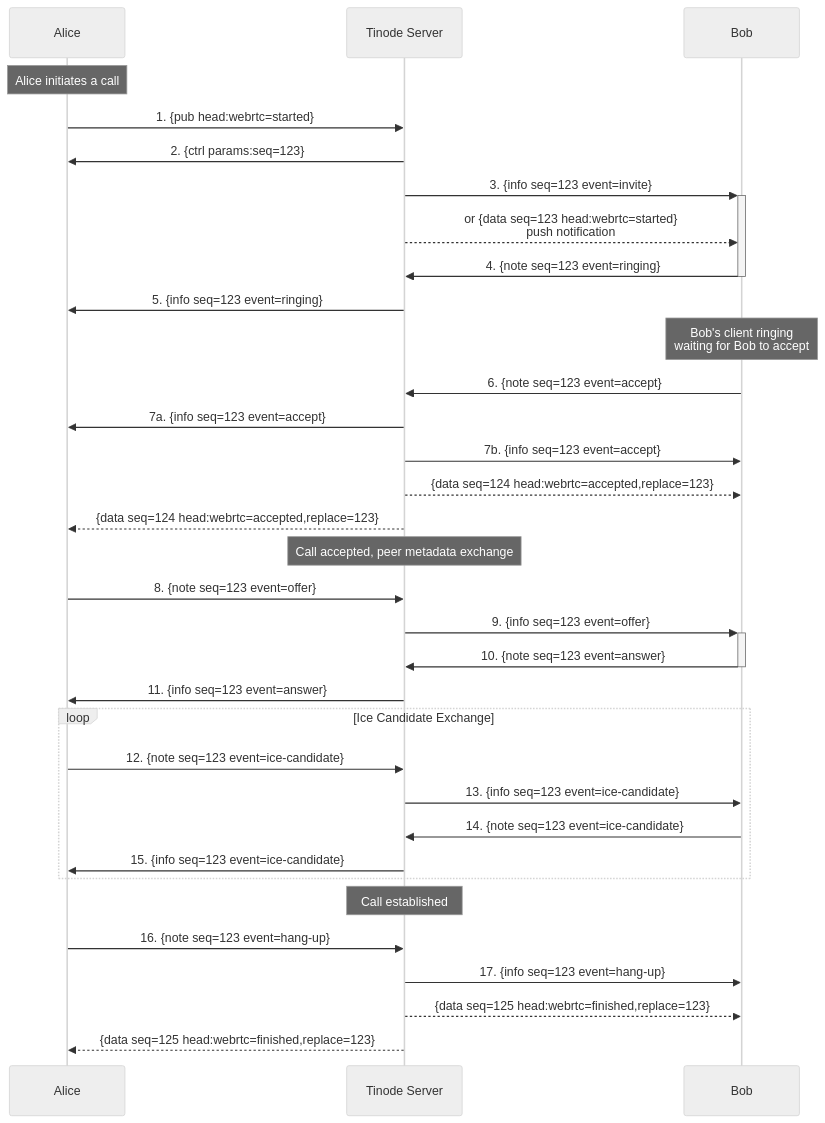
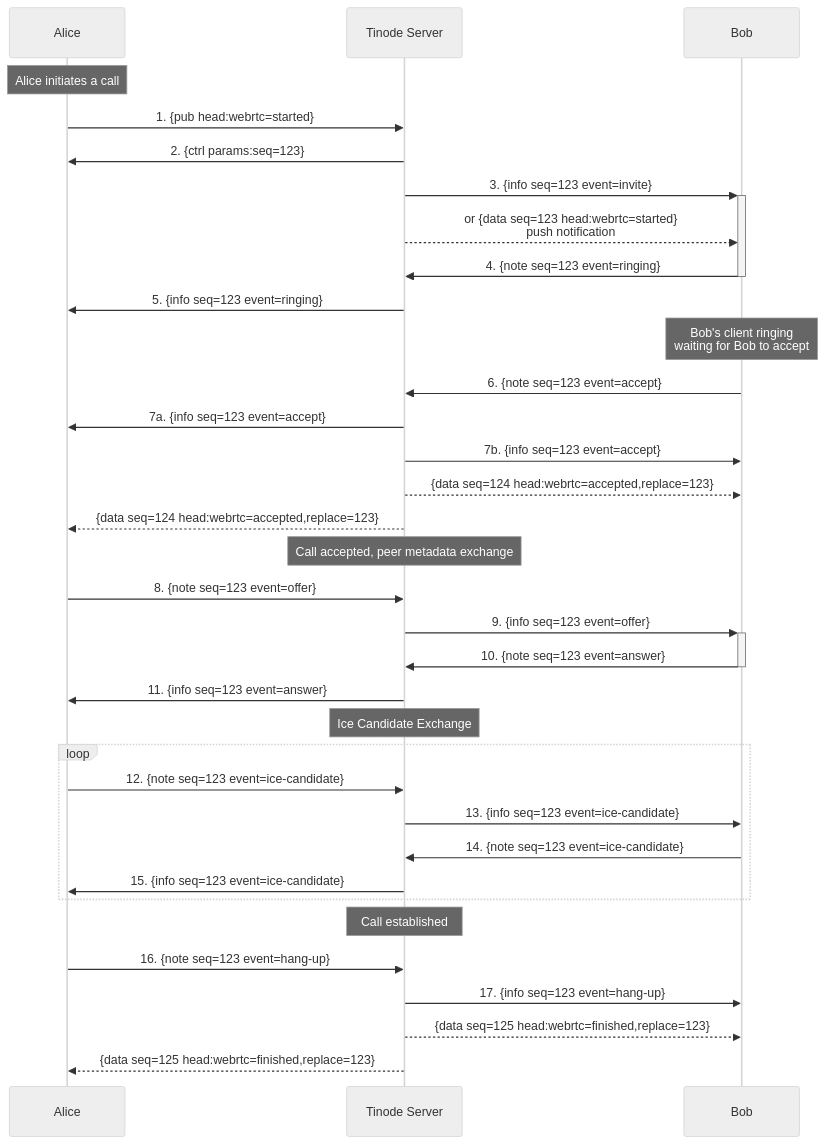
One commit to tinode/chat changed the diagram in docs/call-establishment.md. Above: the diagram before and after it, drawn with Mermaid (neutral theme).

Commit message:
formatting

````diff
--- a/docs/call-establishment.md
+++ b/docs/call-establishment.md
@@ -18,35 +18,36 @@
 ```mermaid
 sequenceDiagram
     participant A as Alice
     participant S as Tinode Server
     participant B as Bob
     Note over A: Alice initiates a call
     A->>S: 1. {pub head:webrtc=started}
     S->>A: 2. {ctrl params:seq=123}
     S->>+B: 3. {info seq=123 event=invite}
     S-->>B: or {data seq=123 head:webrtc=started} <br/> push notification
     B->>-S: 4. {note seq=123 event=ringing}
     S->>A: 5. {info seq=123 event=ringing}
     Note over B: Bob's client ringing<br/>waiting for Bob to accept
     B->>S: 6. {note seq=123 event=accept}
     S->>A: 7a. {info seq=123 event=accept}
     S->>B: 7b. {info seq=123 event=accept}
     S-->>B: {data seq=124 head:webrtc=accepted,replace=123}
     S-->>A: {data seq=124 head:webrtc=accepted,replace=123}
     Note over S: Call accepted, peer metadata exchange
     A->>S: 8. {note seq=123 event=offer}
     S->>+B: 9. {info seq=123 event=offer}
     B->>-S: 10. {note seq=123 event=answer}
     S->>A: 11. {info seq=123 event=answer}
-    loop Ice Candidate Exchange
+    Note over S: Ice Candidate Exchange
+    loop
         A->>S: 12. {note seq=123 event=ice-candidate}
         S->>B: 13. {info seq=123 event=ice-candidate}
         B->>S: 14. {note seq=123 event=ice-candidate}
         S->>A: 15. {info seq=123 event=ice-candidate}
     end
     Note over S: Call established
     A->>S: 16. {note seq=123 event=hang-up}
     S->>B: 17. {info seq=123 event=hang-up}
     S-->>B: {data seq=125 head:webrtc=finished,replace=123}
     S-->>A: {data seq=125 head:webrtc=finished,replace=123}
 ```
````
